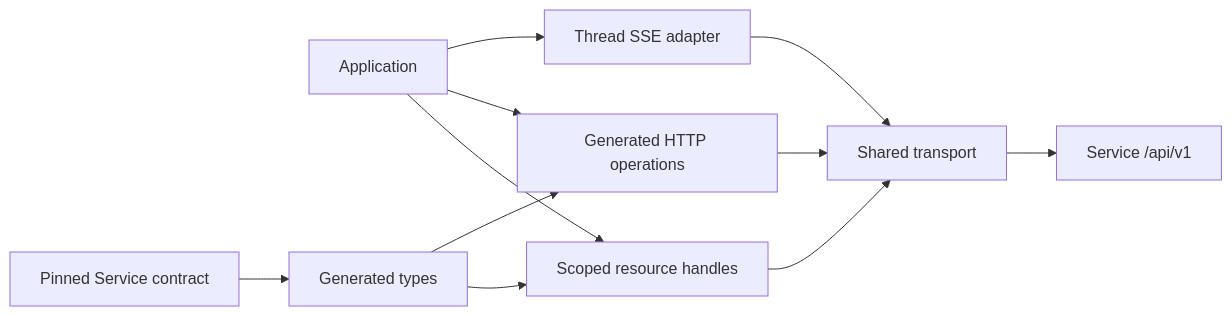
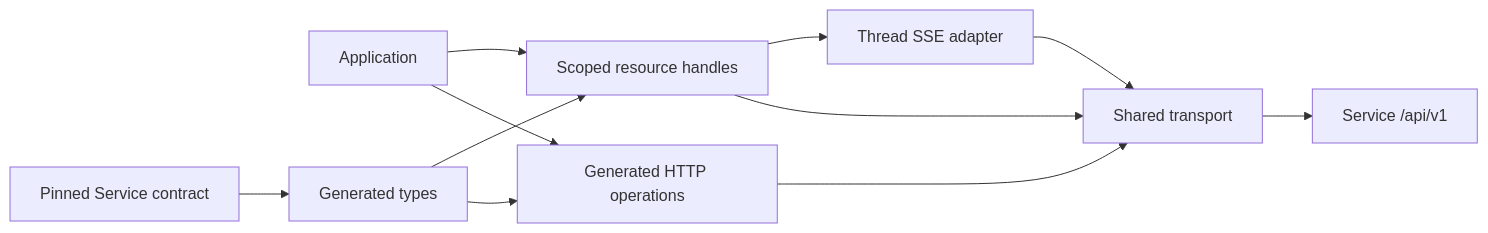
Before and after one commit to converge-ai-labs/a13n-sdk-typescript: the diagram in spec/00-overview.md, drawn with Mermaid. The commit also changed other lines of this file and 34 other files, not shown here.

````diff
--- a/spec/00-overview.md
+++ b/spec/00-overview.md
@@ -5,13 +7,13 @@
 ```mermaid
 flowchart LR
   App[Application] --> Resources[Scoped resource handles]
   App --> HTTP[Generated HTTP operations]
-  App --> SSE[Thread SSE adapter]
+  Resources --> SSE[Thread SSE adapter]
   Resources --> Transport[Shared transport]
   HTTP --> Transport
   SSE --> Transport
   Transport --> Service[Service /api/v1]
   Pin[Pinned Service contract] --> Types[Generated types]
   Types --> Resources
   Types --> HTTP
 ```
````
